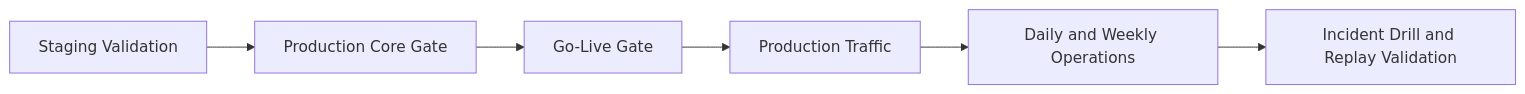
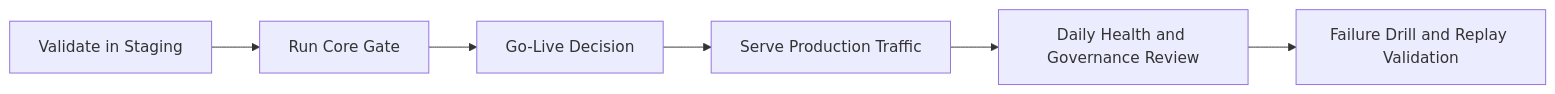
The diagram in docs/public/en/operate-production/00-operate-production.md (Cognary/Aionis), drawn with Mermaid before and after one commit. The commit also changed other lines of this file and 3 other files, not shown here.

````diff
--- a/docs/public/en/operate-production/00-operate-production.md
+++ b/docs/public/en/operate-production/00-operate-production.md
@@ -19,8 +9,8 @@
 ```mermaid
 flowchart LR
-  A["Staging Validation"] --> B["Production Core Gate"]
-  B --> C["Go-Live Gate"]
-  C --> D["Production Traffic"]
-  D --> E["Daily and Weekly Operations"]
-  E --> F["Incident Drill and Replay Validation"]
+  A["Validate in Staging"] --> B["Run Core Gate"]
+  B --> C["Go-Live Decision"]
+  C --> D["Serve Production Traffic"]
+  D --> E["Daily Health and Governance Review"]
+  E --> F["Failure Drill and Replay Validation"]
 ```
````
